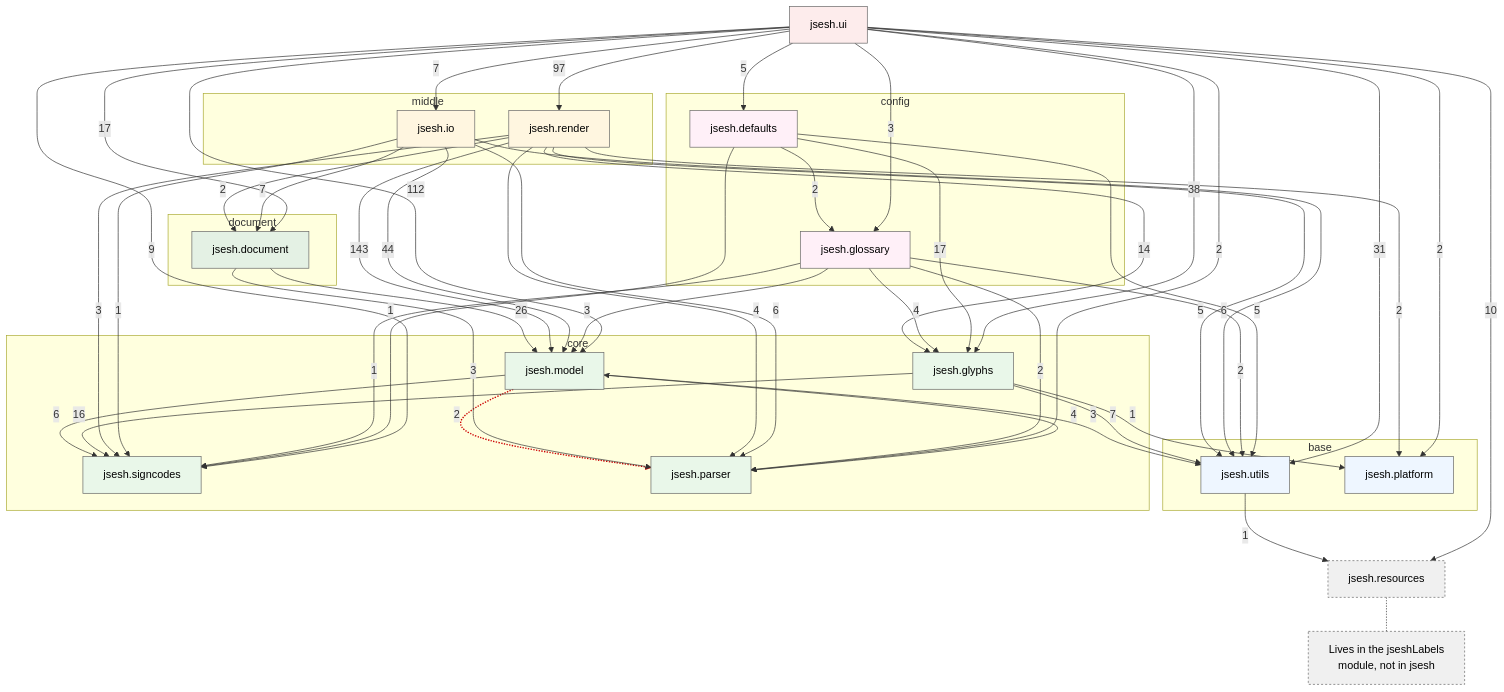
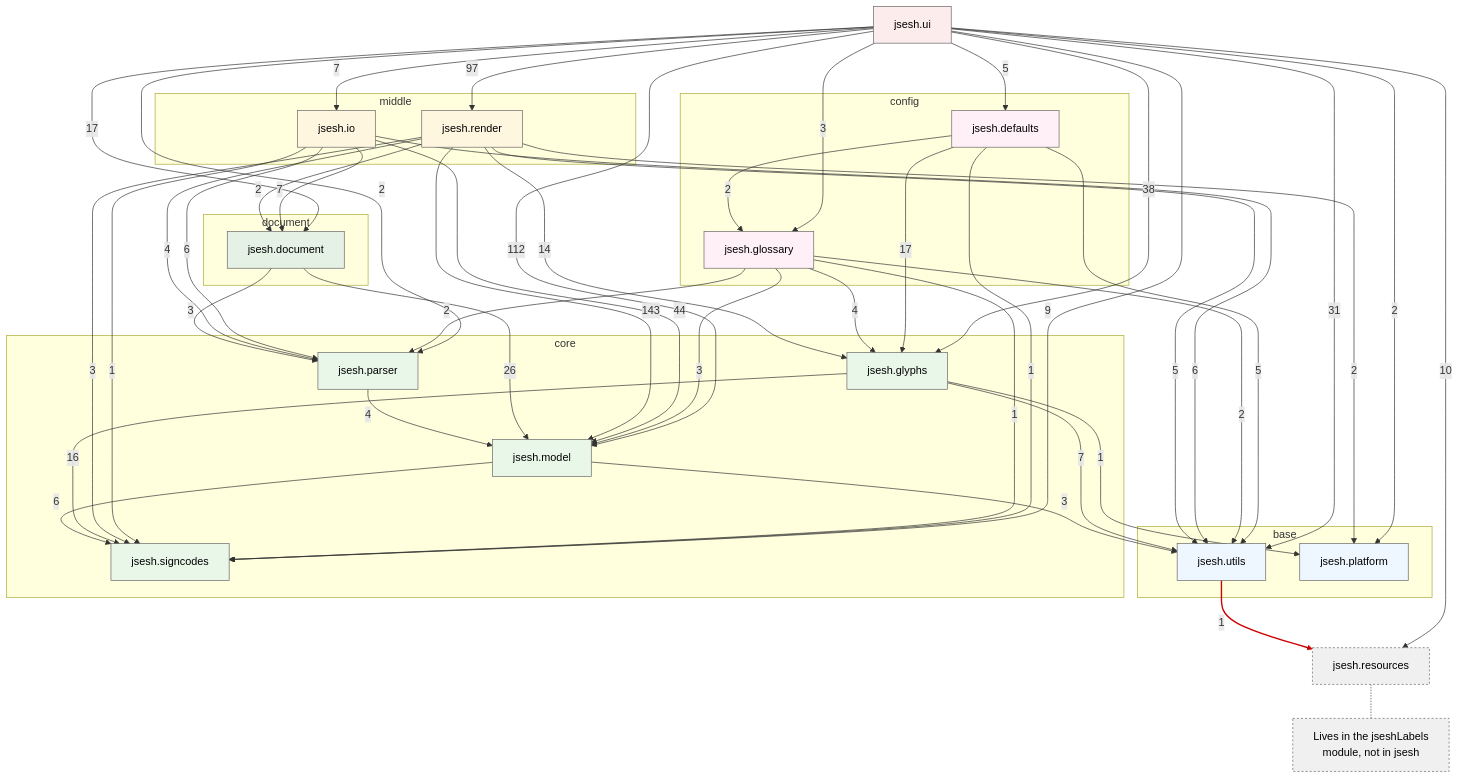
Before and after one commit to rosmord/jsesh: the second of 3 diagrams in 00_Documents/documentation/jsesh-package-dependencies.md, drawn with Mermaid. The commit also changed other lines of this file and 62 other files, not shown here.

```diff
--- a/00_Documents/documentation/jsesh-package-dependencies.md
+++ b/00_Documents/documentation/jsesh-package-dependencies.md
@@ -243,7 +242,6 @@
     ui[jsesh.ui]:::uiStyle
     res[jsesh.resources]
 
-    model -.->|"2"| parser
     utils -->|1| res
     model -->|6| signcodes
     model -->|3| utils
```
